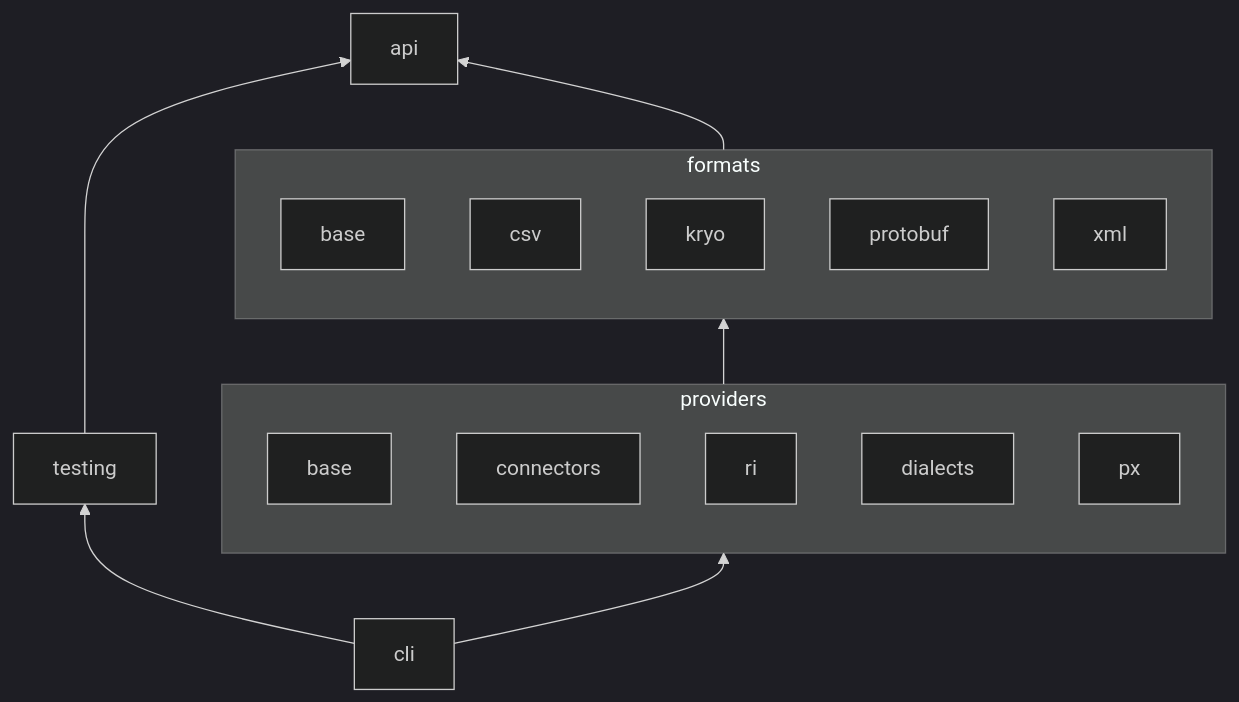
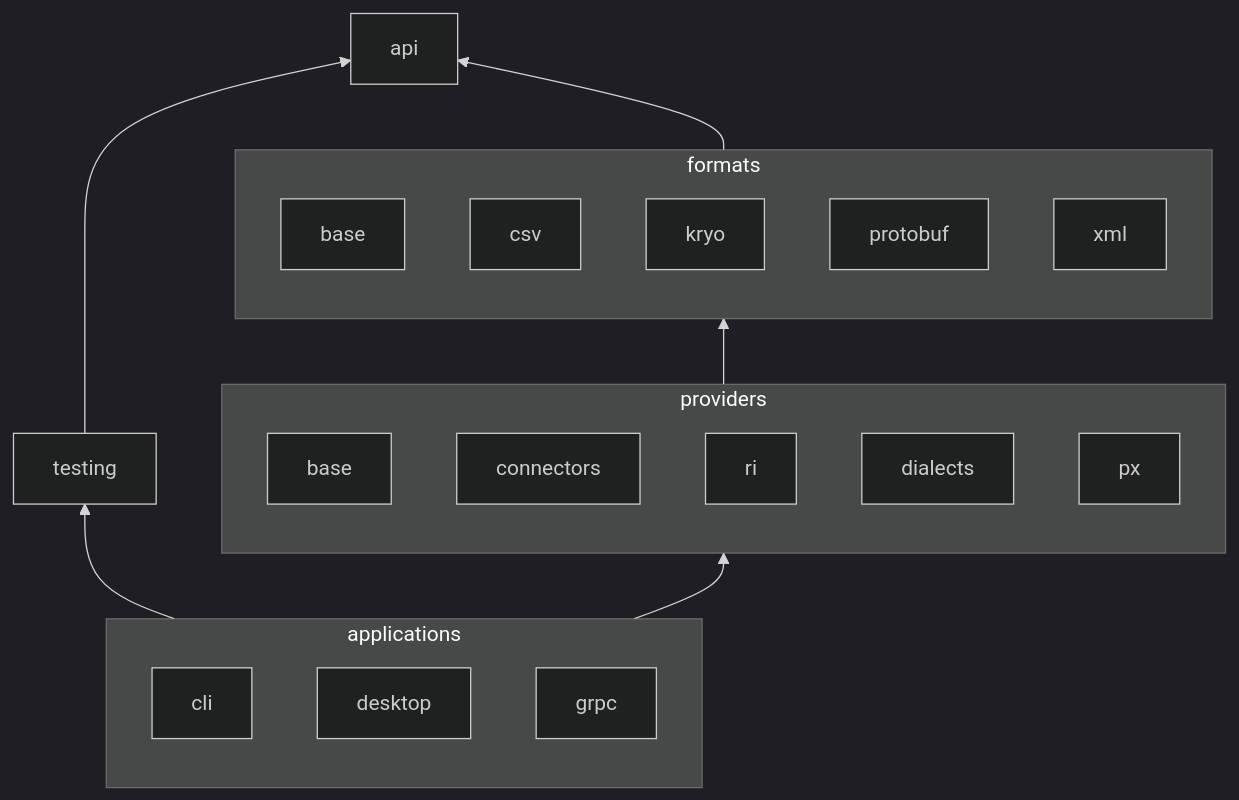
One commit to nbbrd/sdmx-dl changed the diagram in docs/content/api/_index.md. Above: the diagram before and after it, drawn with Mermaid (dark theme). The commit also changed other lines of this file, not shown here.

````diff
--- a/docs/content/api/_index.md
+++ b/docs/content/api/_index.md
@@ -10,25 +12,29 @@
 ```mermaid
 flowchart BT
     api
     subgraph formats
         format-base[base]
         csv
         kryo
         protobuf
         xml
     end
     subgraph providers
         provider-base[base]
         connectors
         ri
         dialects
         px
     end
+    subgraph applications
+        cli
+        desktop
+        grpc
+    end
     testing
-    cli
 
     formats --> api
     providers --> formats
     testing ---> api
-    cli --> providers & testing
+    applications --> providers & testing
 ```
````
